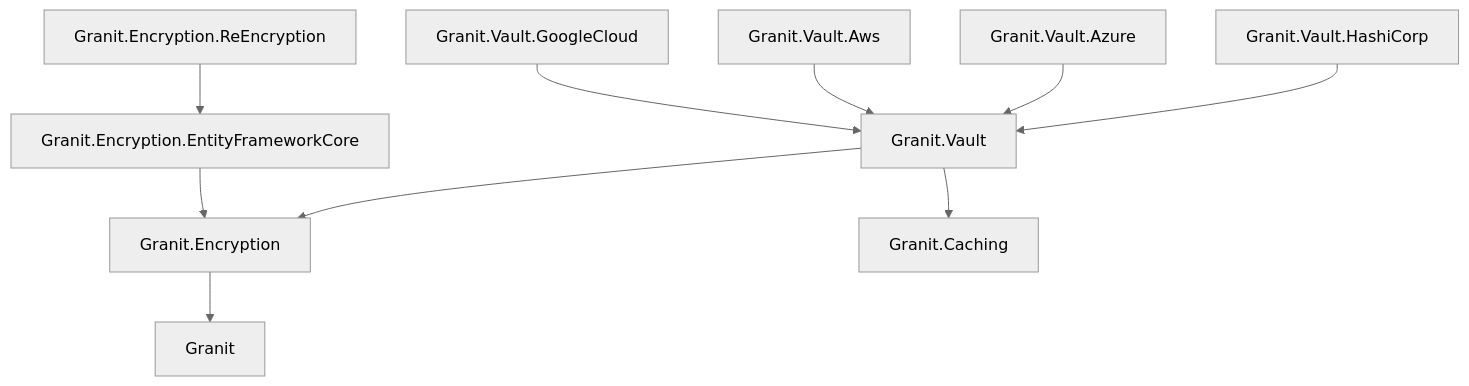
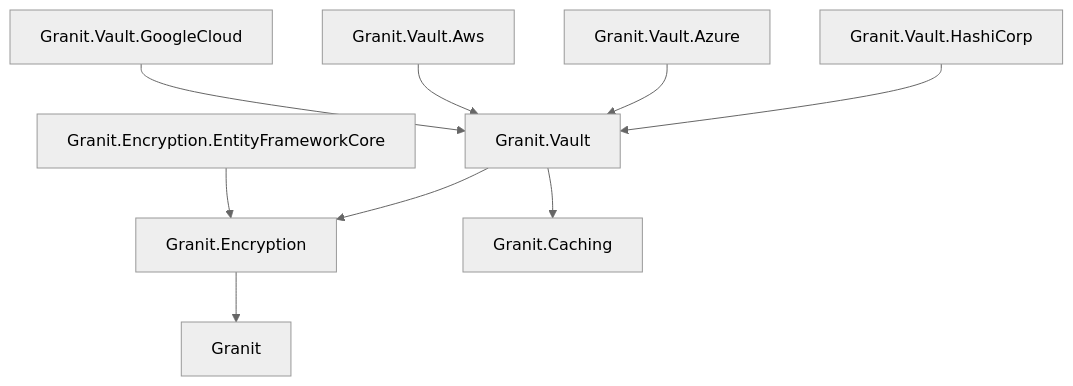
One commit to granit-fx/granit-docs changed the diagram in src/content/docs/dotnet/data/vault/index.mdx. Above: the diagram before and after it, drawn with Mermaid (neutral theme). The commit also changed other lines of this file and 10 other files, not shown here.

````diff
--- a/src/content/docs/dotnet/data/vault/index.mdx
+++ b/src/content/docs/dotnet/data/vault/index.mdx
@@ -121,12 +121,11 @@
 ```mermaid
 graph TD
     VH[Granit.Vault.HashiCorp] --> V[Granit.Vault]
     VA[Granit.Vault.Azure] --> V
     VAW[Granit.Vault.Aws] --> V
     VGC[Granit.Vault.GoogleCloud] --> V
     V --> E[Granit.Encryption]
     V --> CA[Granit.Caching]
     E --> C[Granit]
     EEFC[Granit.Encryption.EntityFrameworkCore] --> E
-    EERE[Granit.Encryption.ReEncryption] --> EEFC
 ```
````
